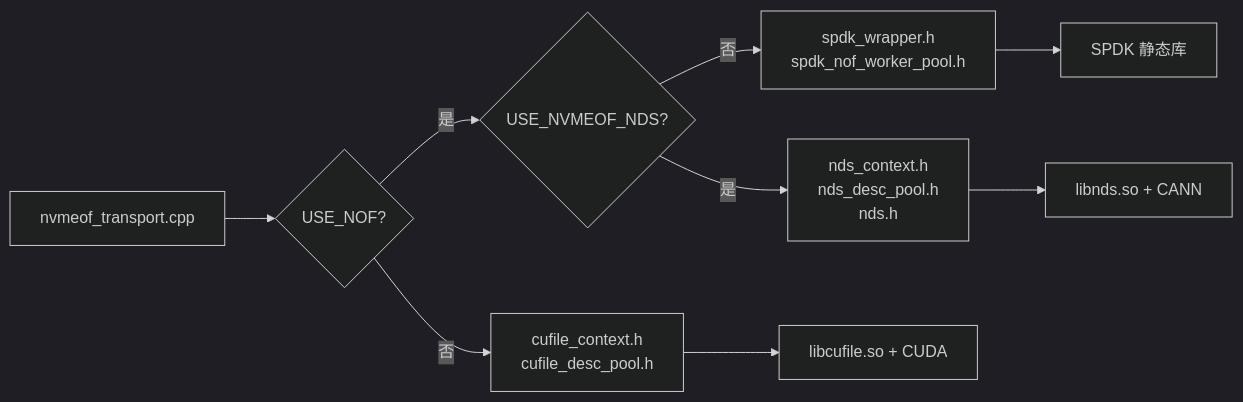
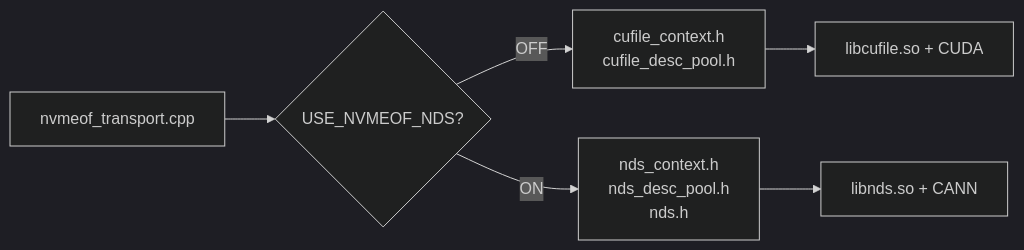
The second of 17 diagrams in docs/rfc-nds-nvmeof-transport-cn.md (yz53665/Mooncake), drawn with Mermaid (dark theme) before and after one commit. The commit also changed other lines of this file, not shown here.

````diff
--- a/docs/rfc-nds-nvmeof-transport-cn.md
+++ b/docs/rfc-nds-nvmeof-transport-cn.md
@@ -114,11 +114,8 @@
 ```mermaid
 flowchart LR
-    SRC[nvmeof_transport.cpp] --> IS_NOF{USE_NOF?}
-    IS_NOF -->|否| INC_GDS[cufile_context.h<br/>cufile_desc_pool.h]
-    IS_NOF -->|是| IS_NDS{USE_NVMEOF_NDS?}
-    IS_NDS -->|否| INC_SPDK[spdk_wrapper.h<br/>spdk_nof_worker_pool.h]
-    IS_NDS -->|是| INC_NDS[nds_context.h<br/>nds_desc_pool.h<br/>nds.h]
+    SRC[nvmeof_transport.cpp] --> IS_NDS{USE_NVMEOF_NDS?}
+    IS_NDS -->|OFF| INC_GDS[cufile_context.h<br/>cufile_desc_pool.h]
+    IS_NDS -->|ON| INC_NDS[nds_context.h<br/>nds_desc_pool.h<br/>nds.h]
     INC_GDS --> LINK_GDS[libcufile.so + CUDA]
-    INC_SPDK --> LINK_SPDK[SPDK 静态库]
     INC_NDS --> LINK_NDS[libnds.so + CANN]
 ```
````
